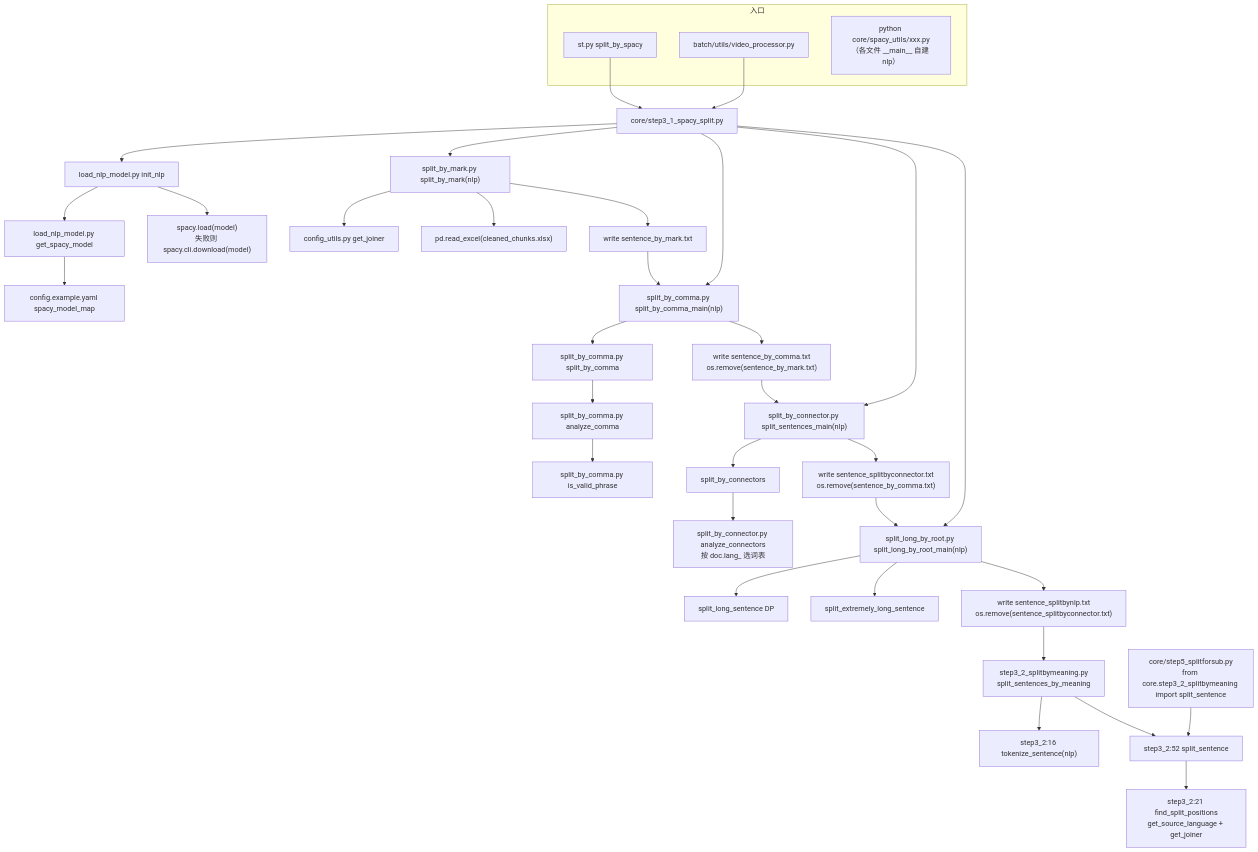
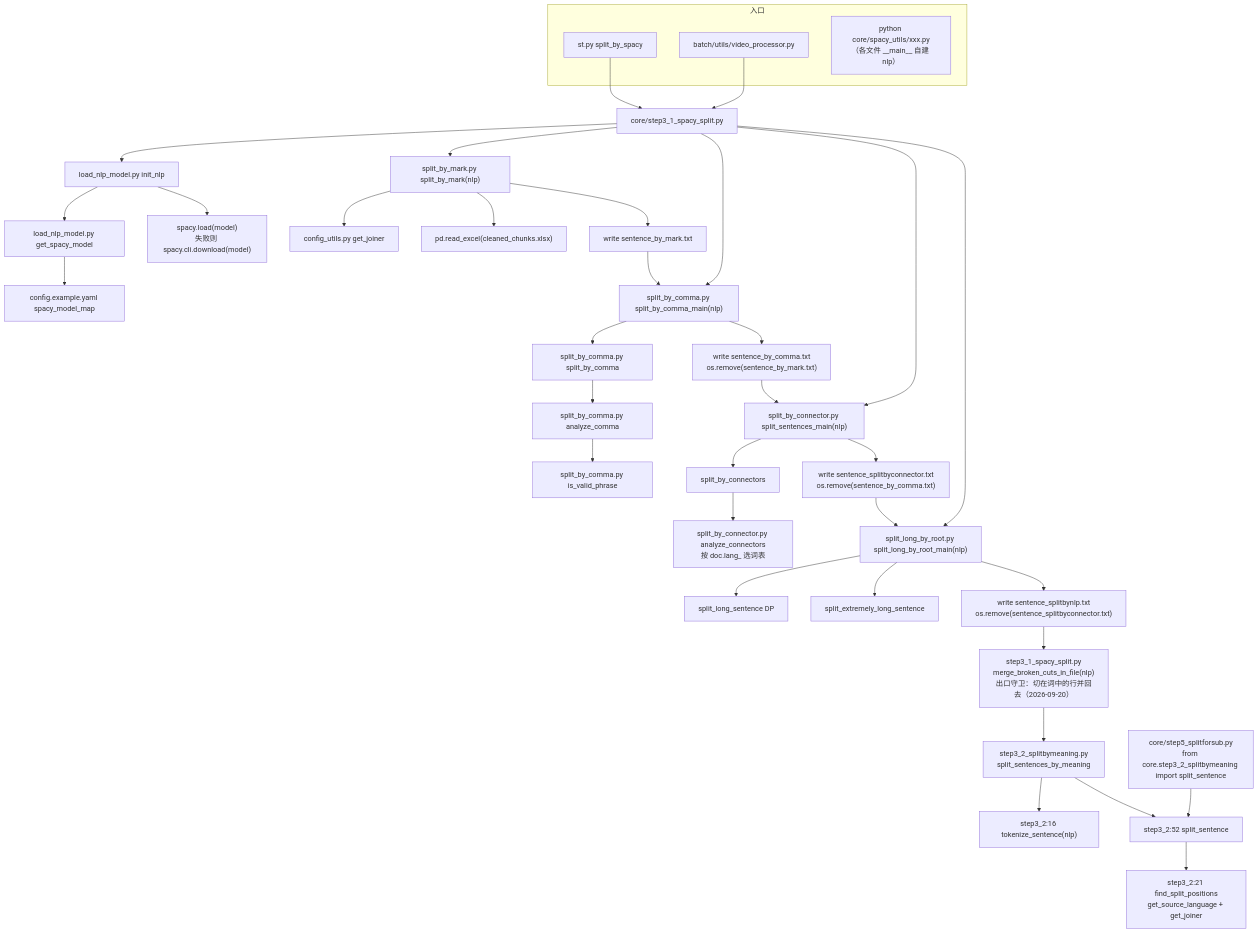
One commit to Brzjomo/VideoLingoMove changed the diagram in devdocs/03-subsystems/04-NLP切分工具.md. Above: the diagram before and after it, drawn with Mermaid. The commit also changed other lines of this file and 11 other files, not shown here.

````diff
--- a/devdocs/03-subsystems/04-NLP切分工具.md
+++ b/devdocs/03-subsystems/04-NLP切分工具.md
@@ -43,44 +43,45 @@
 ```mermaid
 flowchart TD
  subgraph ENT["入口"]
  ST["st.py split_by_spacy"]
  BP["batch/utils/video_processor.py"]
  STD["python core/spacy_utils/xxx.py<br/>（各文件 __main__ 自建 nlp）"]
  end
  ST --> S1["core/step3_1_spacy_split.py"]
  BP --> S1
  S1 --> INIT["load_nlp_model.py init_nlp"]
  INIT --> GSM["load_nlp_model.py get_spacy_model"]
  GSM --> MAP["config.example.yaml spacy_model_map"]
  INIT --> LOAD["spacy.load(model)<br/>失败则 spacy.cli.download(model)"]
 
  S1 --> M["split_by_mark.py split_by_mark(nlp)"]
  M --> CJ["config_utils.py get_joiner"]
  M --> RD["pd.read_excel(cleaned_chunks.xlsx)"]
  M --> W1["write sentence_by_mark.txt"]
 
  S1 --> C["split_by_comma.py split_by_comma_main(nlp)"]
  C --> CB["split_by_comma.py split_by_comma"]
  CB --> AC["split_by_comma.py analyze_comma"]
  AC --> IV["split_by_comma.py is_valid_phrase"]
  W1 --> C
  C --> W2["write sentence_by_comma.txt<br/>os.remove(sentence_by_mark.txt)"]
 
  S1 --> N["split_by_connector.py split_sentences_main(nlp)"]
  N --> NB["split_by_connectors"]
  NB --> ANC["split_by_connector.py analyze_connectors<br/>按 doc.lang_ 选词表"]
  W2 --> N
  N --> W3["write sentence_splitbyconnector.txt<br/>os.remove(sentence_by_comma.txt)"]
 
  S1 --> R["split_long_by_root.py split_long_by_root_main(nlp)"]
  R --> RL["split_long_sentence DP"]
  R --> RE["split_extremely_long_sentence"]
  W3 --> R
  R --> W4["write sentence_splitbynlp.txt<br/>os.remove(sentence_splitbyconnector.txt)"]
 
- W4 --> SM["step3_2_splitbymeaning.py<br/>split_sentences_by_meaning"]
+ W4 --> GUARD["step3_1_spacy_split.py<br/>merge_broken_cuts_in_file(nlp)<br/>出口守卫：切在词中的行并回去（2026-09-20）"]
+ GUARD --> SM["step3_2_splitbymeaning.py<br/>split_sentences_by_meaning"]
  SM --> TS["step3_2:16 tokenize_sentence(nlp)"]
  SM --> SS["step3_2:52 split_sentence"]
  SS --> FSP["step3_2:21 find_split_positions<br/>get_source_language + get_joiner"]
  S5["core/step5_splitforsub.py<br/>from core.step3_2_splitbymeaning import split_sentence"] --> SS
 ```
````
